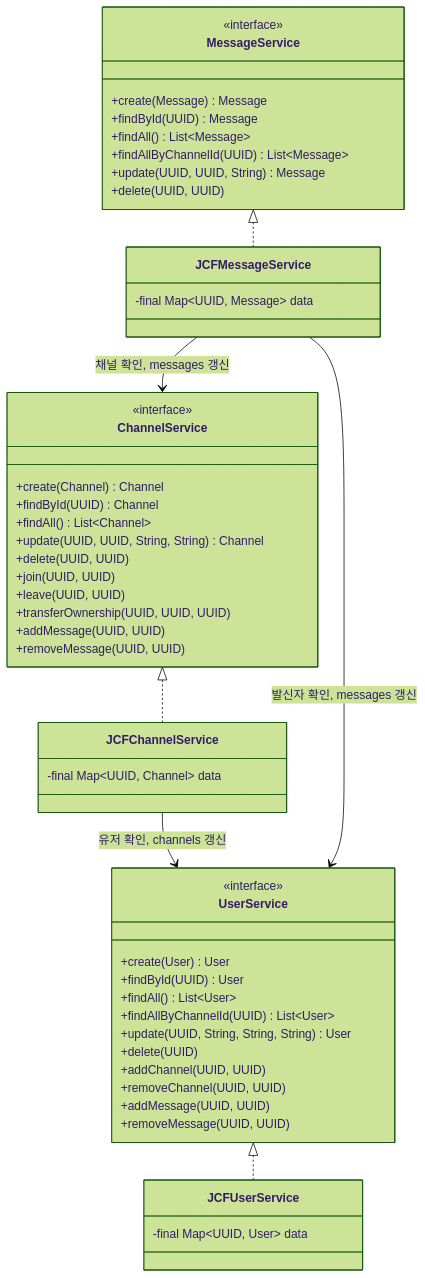
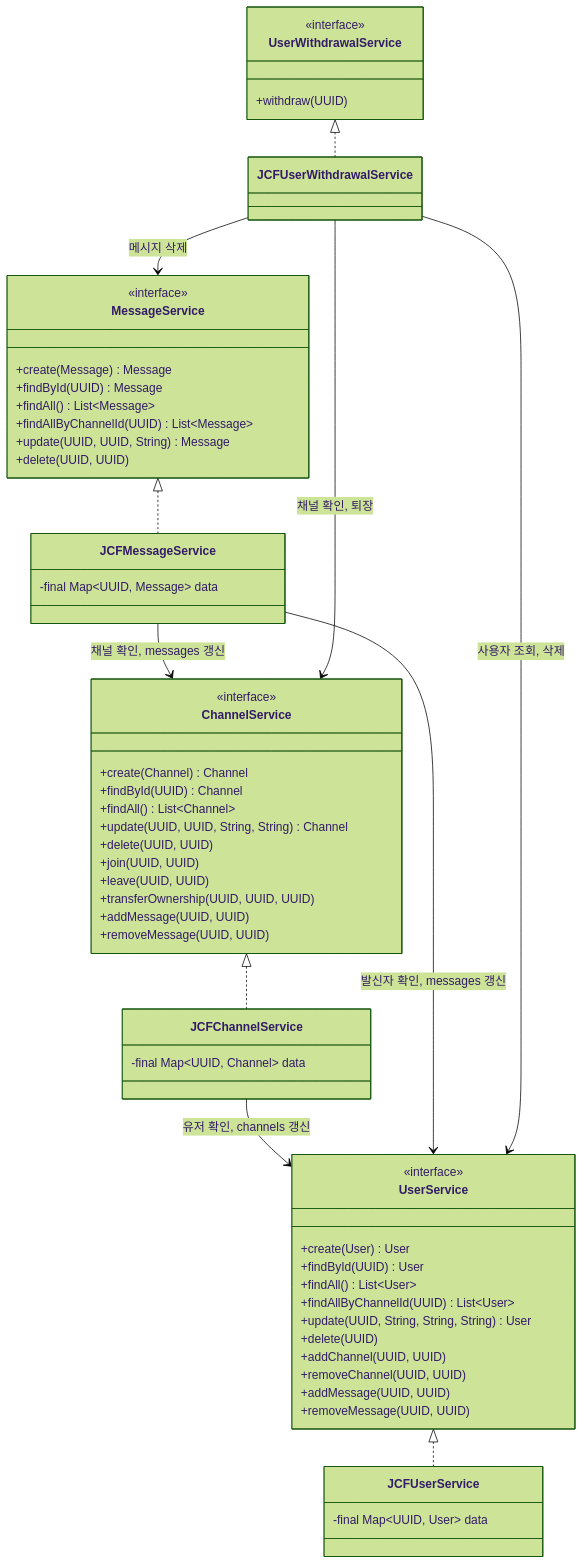
One commit to hyorok4487/16-sprint-mission changed the second of 5 diagrams in README.md. Above: the diagram before and after it, drawn with Mermaid (forest theme). The commit also changed other lines of this file, not shown here.

First line of the commit message:
Revise user withdrawal and service dependency details

````diff
--- a/README.md
+++ b/README.md
@@ -124,60 +119,70 @@
 ```mermaid
 classDiagram
     direction TB
 
     class UserService {
         <<interface>>
         +create(User) User
         +findById(UUID) User
         +findAll() List~User~
         +findAllByChannelId(UUID) List~User~
         +update(UUID, String, String, String) User
         +delete(UUID)
         +addChannel(UUID, UUID)
         +removeChannel(UUID, UUID)
         +addMessage(UUID, UUID)
         +removeMessage(UUID, UUID)
     }
 
     class ChannelService {
         <<interface>>
         +create(Channel) Channel
         +findById(UUID) Channel
         +findAll() List~Channel~
         +update(UUID, UUID, String, String) Channel
         +delete(UUID, UUID)
         +join(UUID, UUID)
         +leave(UUID, UUID)
         +transferOwnership(UUID, UUID, UUID)
         +addMessage(UUID, UUID)
         +removeMessage(UUID, UUID)
     }
 
     class MessageService {
         <<interface>>
         +create(Message) Message
         +findById(UUID) Message
         +findAll() List~Message~
         +findAllByChannelId(UUID) List~Message~
         +update(UUID, UUID, String) Message
         +delete(UUID, UUID)
     }
 
+    class UserWithdrawalService {
+        <<interface>>
+        +withdraw(UUID)
+    }
+
     class JCFUserService {
         -final Map~UUID, User~ data
     }
     class JCFChannelService {
         -final Map~UUID, Channel~ data
     }
     class JCFMessageService {
         -final Map~UUID, Message~ data
     }
+    class JCFUserWithdrawalService
 
     UserService <|.. JCFUserService
     ChannelService <|.. JCFChannelService
     MessageService <|.. JCFMessageService
+    UserWithdrawalService <|.. JCFUserWithdrawalService
 
     JCFChannelService --> UserService : 유저 확인, channels 갱신
     JCFMessageService --> UserService : 발신자 확인, messages 갱신
     JCFMessageService --> ChannelService : 채널 확인, messages 갱신
+    JCFUserWithdrawalService --> UserService : 사용자 조회, 삭제
+    JCFUserWithdrawalService --> ChannelService : 채널 확인, 퇴장
+    JCFUserWithdrawalService --> MessageService : 메시지 삭제
 ```
````
